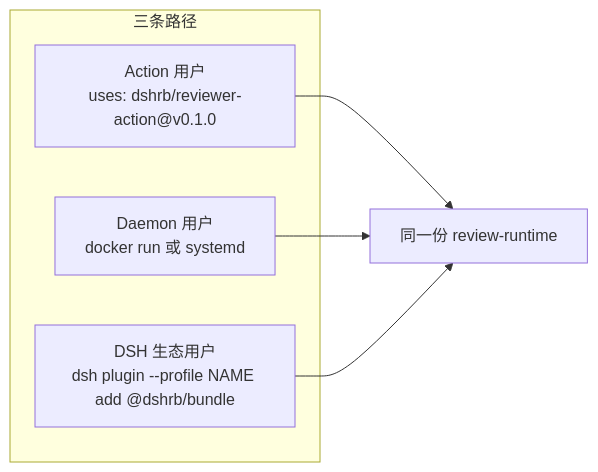
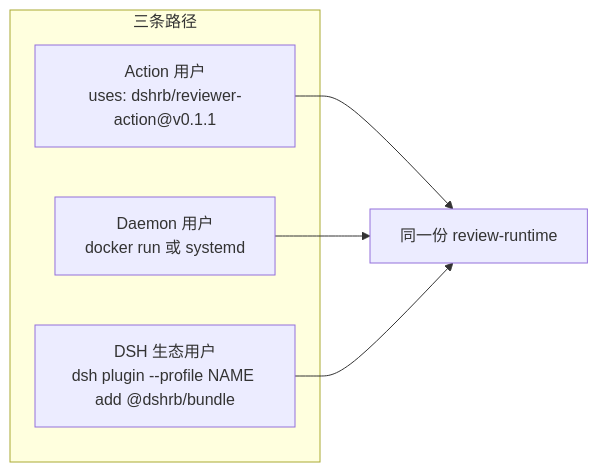
One commit to chaojixinren/dsh-reviewer-bot changed the fourth of 5 diagrams in docs/05-plugin-composition.md. Above: the diagram before and after it, drawn with Mermaid. The commit also changed 10 other files, not shown here.

````diff
--- a/docs/05-plugin-composition.md
+++ b/docs/05-plugin-composition.md
@@ -135,9 +135,9 @@
 ```mermaid
 flowchart LR
     subgraph 三条路径
-        A["Action 用户<br/>uses: dshrb/reviewer-action@v0.1.0"]
+        A["Action 用户<br/>uses: dshrb/reviewer-action@v0.1.1"]
         B["Daemon 用户<br/>docker run 或 systemd"]
         C["DSH 生态用户<br/>dsh plugin --profile NAME add @dshrb/bundle"]
     end
     A & B & C --> SAME["同一份 review-runtime"]
 ```
````
